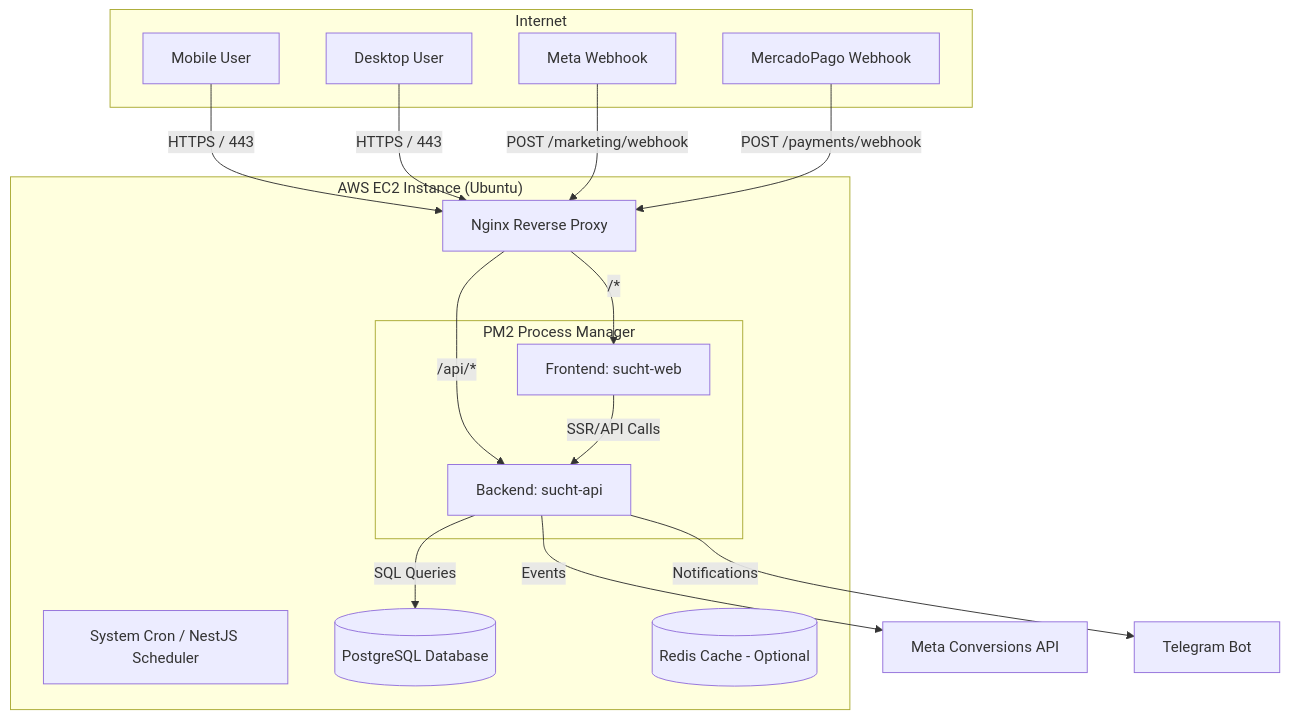
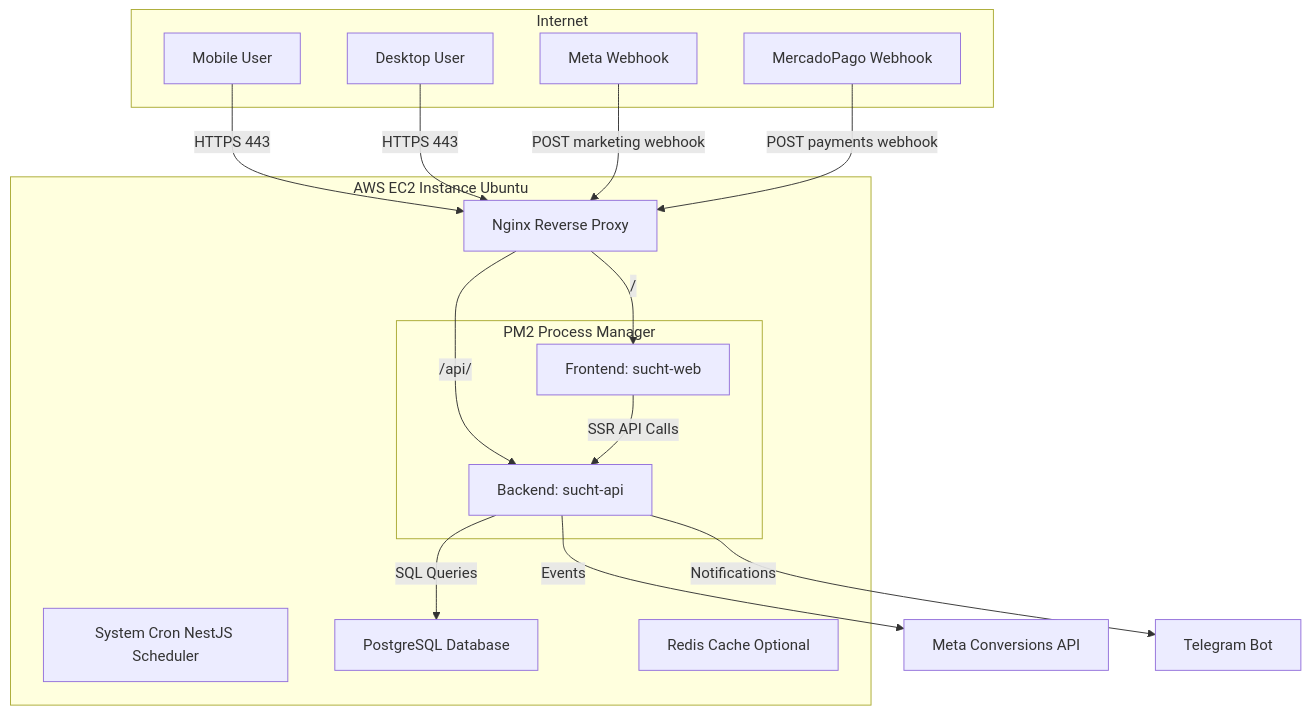
Before and after one commit to leaatimberini/sucht-platform: the first of 5 diagrams in docs/DIAGRAMS.md, drawn with Mermaid. The commit also changed 1 other file, not shown here.

Commit message:
docs: simplify Mermaid syntax (remove cylinders and parens) to fix rendering

````diff
--- a/docs/DIAGRAMS.md
+++ b/docs/DIAGRAMS.md
@@ -9,37 +9,37 @@
 ```mermaid
 graph TD
     subgraph "Internet"
         Client_Mobile["Mobile User"]
         Client_Desktop["Desktop User"]
         Meta_Webhook["Meta Webhook"]
         MP_Webhook["MercadoPago Webhook"]
     end
 
-    subgraph "AWS EC2 Instance (Ubuntu)"
+    subgraph "AWS EC2 Instance Ubuntu"
         Nginx["Nginx Reverse Proxy"]
         
         subgraph "PM2 Process Manager"
             NodeNet["Backend: sucht-api"]
             NodeWeb["Frontend: sucht-web"]
         end
         
-        Cron["System Cron / NestJS Scheduler"]
+        Cron["System Cron NestJS Scheduler"]
         
-        DB[("PostgreSQL Database")]
-        Redis[("Redis Cache - Optional")]
+        DB["PostgreSQL Database"]
+        Redis["Redis Cache Optional"]
     end
     
-    Client_Mobile -->|HTTPS / 443| Nginx
-    Client_Desktop -->|HTTPS / 443| Nginx
-    Meta_Webhook -->|POST /marketing/webhook| Nginx
-    MP_Webhook -->|POST /payments/webhook| Nginx
+    Client_Mobile -->|HTTPS 443| Nginx
+    Client_Desktop -->|HTTPS 443| Nginx
+    Meta_Webhook -->|POST marketing webhook| Nginx
+    MP_Webhook -->|POST payments webhook| Nginx
     
-    Nginx -->|/api/*| NodeNet
-    Nginx -->|/*| NodeWeb
+    Nginx -->|/api/| NodeNet
+    Nginx -->|/| NodeWeb
     
     NodeNet -->|SQL Queries| DB
     NodeNet -->|Events| Meta_API["Meta Conversions API"]
     NodeNet -->|Notifications| Telegram_API["Telegram Bot"]
     
-    NodeWeb -->|SSR/API Calls| NodeNet
+    NodeWeb -->|SSR API Calls| NodeNet
 ```
````
